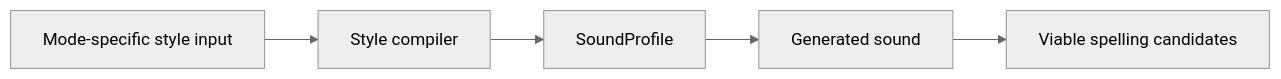
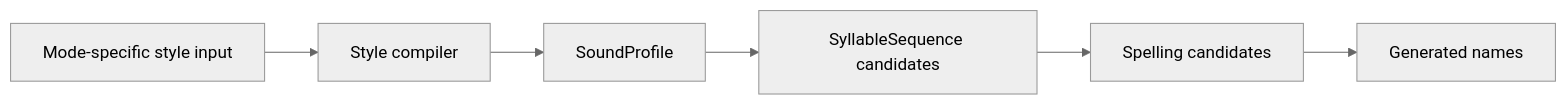
One commit to jaahay/name-forge changed the diagram in docs/architecture.md. Above: the diagram before and after it, drawn with Mermaid (neutral theme). The commit also changed other lines of this file, not shown here.

Commit message:
Clarify post-profile sequence and TTS adapter boundaries

````diff
--- a/docs/architecture.md
+++ b/docs/architecture.md
@@ -65,7 +66,8 @@
 ```mermaid
 flowchart LR
   A[Mode-specific style input] --> B[Style compiler]
   B --> C[SoundProfile]
-  C --> D[Generated sound]
-  D --> E[Viable spelling candidates]
+  C --> D[SyllableSequence candidates]
+  D --> E[Spelling candidates]
+  E --> F[Generated names]
 ```
````
